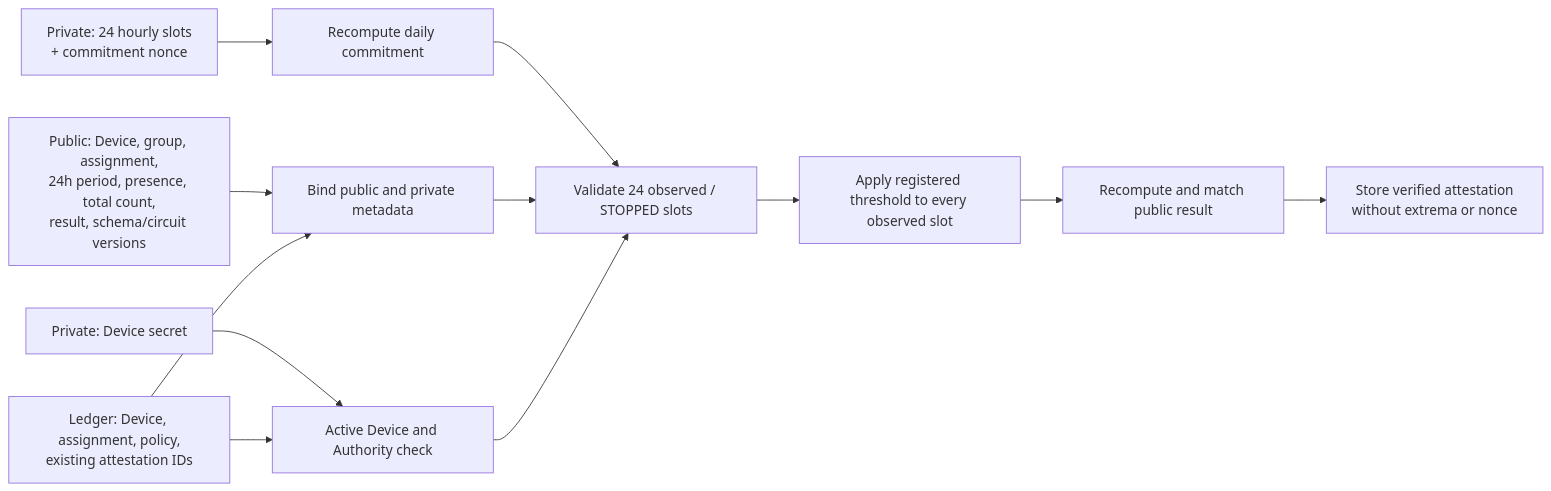
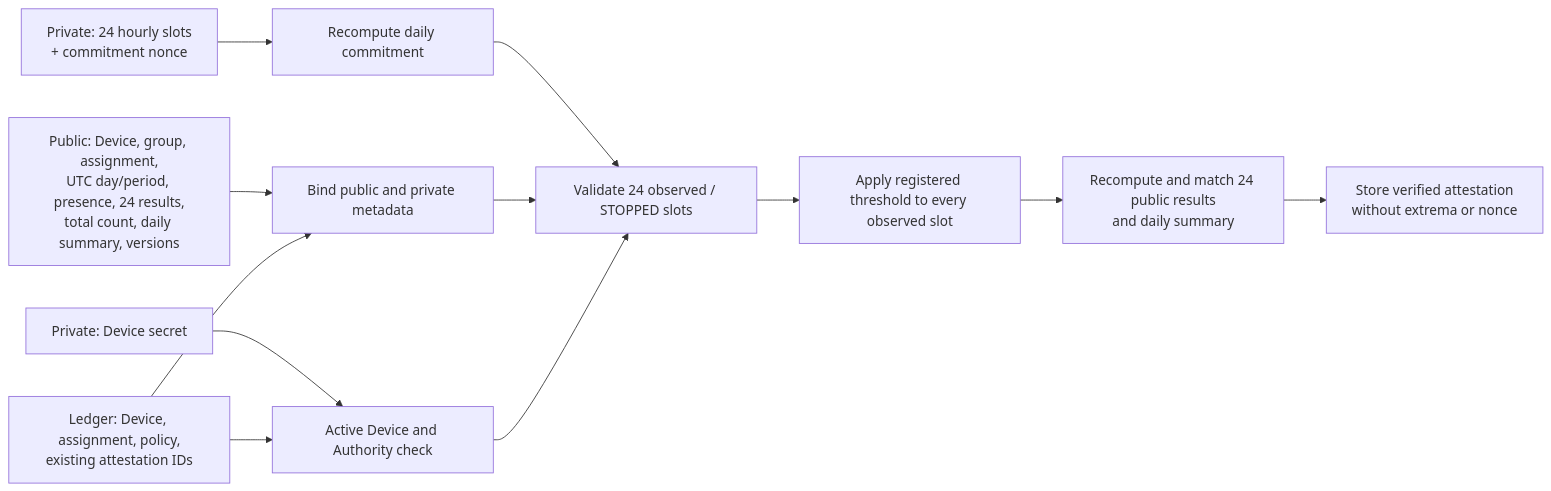
One commit to commun-platform/midnight_buildathons_bacchili changed the seventh of 8 diagrams in docs/implementation/zk_circuit_spec.md. Above: the diagram before and after it, drawn with Mermaid. The commit also changed other lines of this file and 81 other files, not shown here.

````diff
--- a/docs/implementation/zk_circuit_spec.md
+++ b/docs/implementation/zk_circuit_spec.md
@@ -218,14 +222,14 @@
 ```mermaid
 flowchart LR
     DSECRET["Private: Device secret"] --> DAUTH["Active Device and Authority check"]
     DAILY["Private: 24 hourly slots<br/>+ commitment nonce"] --> COMMIT["Recompute daily commitment"]
-    PUBLIC["Public: Device, group, assignment,<br/>24h period, presence, total count,<br/>result, schema/circuit versions"] --> BIND["Bind public and private metadata"]
+    PUBLIC["Public: Device, group, assignment,<br/>UTC day/period, presence, 24 results,<br/>total count, daily summary, versions"] --> BIND["Bind public and private metadata"]
     LEDGER["Ledger: Device, assignment, policy,<br/>existing attestation IDs"] --> DAUTH
     LEDGER --> BIND
     COMMIT --> HOURS["Validate 24 observed / STOPPED slots"]
     BIND --> HOURS
     DAUTH --> HOURS
     HOURS --> RANGE["Apply registered threshold to every observed slot"]
-    RANGE --> RESULT["Recompute and match public result"]
+    RANGE --> RESULT["Recompute and match 24 public results<br/>and daily summary"]
     RESULT --> WRITE["Store verified attestation<br/>without extrema or nonce"]
 ```
````
